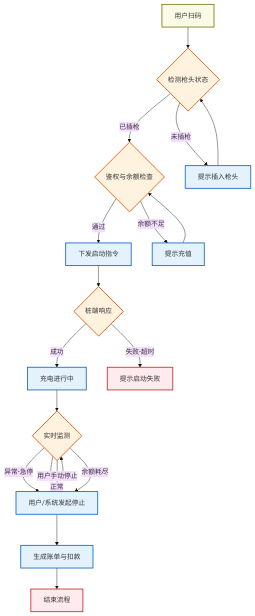
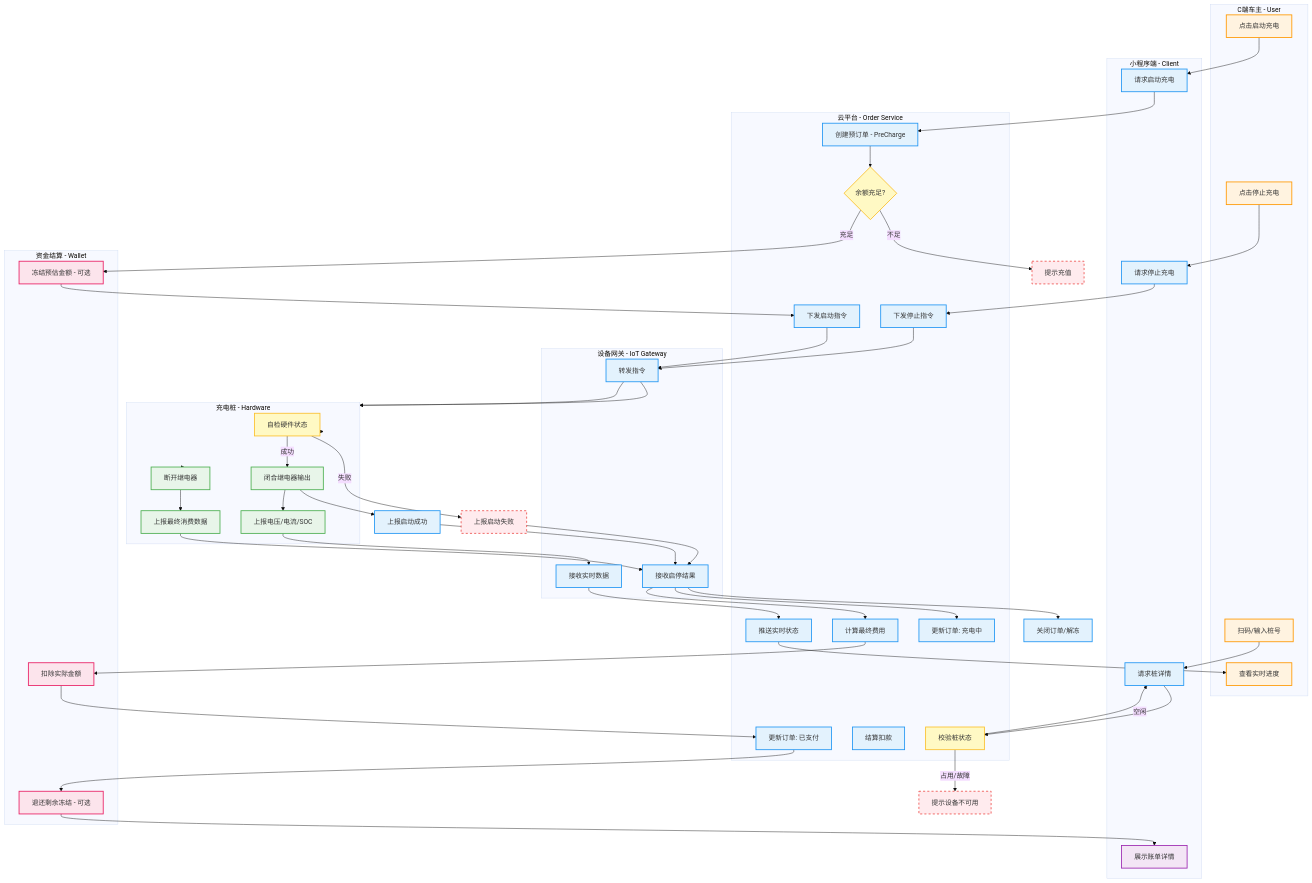
The diagram in docs/explain/02_core_business_flow.md (megadotnet/HUIZHI-ChargeOS-cloud), drawn with Mermaid (base theme) before and after one commit. The commit also changed other lines of this file and 4 other files, not shown here.

First line of the commit message:
docs: add detailed business architecture documentation in docs/explain/

````diff
--- a/docs/explain/02_core_business_flow.md
+++ b/docs/explain/02_core_business_flow.md
@@ -9,41 +21,100 @@
 ```mermaid
 flowchart TD
-    %% 样式
-    classDef start fill:#f9fbe7,stroke:#827717,stroke-width:2px;
-    classDef process fill:#e3f2fd,stroke:#1565c0,stroke-width:2px;
-    classDef decision fill:#fff3e0,stroke:#e65100,stroke-width:2px;
-    classDef endNode fill:#ffebee,stroke:#c62828,stroke-width:2px;
+    %% 泳道定义
+    subgraph User [C端车主 - User]
+        ScanQR[扫码/输入桩号]:::action
+        ClickStart[点击启动充电]:::action
+        Monitor[查看实时进度]:::action
+        ClickStop[点击停止充电]:::action
+    end
 
-    Start[用户扫码]:::start
-    CheckGun{检测枪头状态}:::decision
-    Auth{鉴权与余额检查}:::decision
-    SendCmd[下发启动指令]:::process
-    PileAck{桩端响应}:::decision
-    Charging[充电进行中]:::process
-    Monitor{实时监测}:::decision
-    StopCmd[用户/系统发起停止]:::process
-    Settlement[生成账单与扣款]:::process
-    End[结束流程]:::endNode
+    subgraph MP [小程序端 - Client]
+        ReqPileInfo[请求桩详情]:::process
+        ReqStart[请求启动充电]:::process
+        ReqStop[请求停止充电]:::process
+        ShowBill[展示账单详情]:::view
+    end
 
-    Start --> CheckGun
-    CheckGun -- 未插枪 --> PromptInsert[提示插入枪头]:::process
-    PromptInsert --> CheckGun
-    CheckGun -- 已插枪 --> Auth
+    subgraph Platform [云平台 - Order Service]
+        CheckPile[校验桩状态]:::decision
+        CreateOrder[创建预订单 - PreCharge]:::process
+        CheckBalance{余额充足?}:::decision
+        SendStartCmd[下发启动指令]:::process
+        UpdateOrderCharging[更新订单: 充电中]:::process
+        PushStatus[推送实时状态]:::process
+        SendStopCmd[下发停止指令]:::process
+        CalcBill[计算最终费用]:::process
+        SettleOrder[结算扣款]:::process
+        FinishOrder[更新订单: 已支付]:::process
+    end
 
-    Auth -- 余额不足 --> PromptRecharge[提示充值]:::process
-    PromptRecharge --> Auth
-    Auth -- 通过 --> SendCmd
+    subgraph IoT [设备网关 - IoT Gateway]
+        ForwardCmd[转发指令]:::process
+        RecvHeartbeat[接收实时数据]:::process
+        RecvResult[接收启停结果]:::process
+    end
 
-    SendCmd --> PileAck
-    PileAck -- 失败-超时 --> FailMsg[提示启动失败]:::endNode
-    PileAck -- 成功 --> Charging
+    subgraph Pile [充电桩 - Hardware]
+        CheckSelf[自检硬件状态]:::decision
+        StartOutput[闭合继电器输出]:::hardware
+        Reporting[上报电压/电流/SOC]:::hardware
+        StopOutput[断开继电器]:::hardware
+        ReportFinal[上报最终消费数据]:::hardware
+    end
 
-    Charging --> Monitor
-    Monitor -- 正常 --> Monitor
-    Monitor -- 异常-急停 --> StopCmd
-    Monitor -- 用户手动停止 --> StopCmd
-    Monitor -- 余额耗尽 --> StopCmd
+    subgraph Fund [资金结算 - Wallet]
+        Freeze[冻结预估金额 - 可选]:::fund
+        Deduct[扣除实际金额]:::fund
+        Refund[退还剩余冻结 - 可选]:::fund
+    end
 
-    StopCmd --> Settlement
-    Settlement --> End
+    %% 流程连线 - 启动阶段
+    ScanQR --> ReqPileInfo
+    ReqPileInfo --> CheckPile
+    CheckPile -- 空闲 --> ReqPileInfo
+    CheckPile -- 占用/故障 --> ShowError[提示设备不可用]:::error
+
+    ClickStart --> ReqStart
+    ReqStart --> CreateOrder
+    CreateOrder --> CheckBalance
+    CheckBalance -- 不足 --> PromptTopUp[提示充值]:::error
+    CheckBalance -- 充足 --> Freeze
+    Freeze --> SendStartCmd
+
+    SendStartCmd --> ForwardCmd
+    ForwardCmd --> Pile
+    Pile --> CheckSelf
+    CheckSelf -- 失败 --> ReportStartFail[上报启动失败]:::error
+    ReportStartFail --> RecvResult --> CloseOrder[关闭订单/解冻]:::process
+
+    CheckSelf -- 成功 --> StartOutput
+    StartOutput --> ReportStartSuccess[上报启动成功]:::process
+    ReportStartSuccess --> RecvResult --> UpdateOrderCharging
+
+    %% 流程连线 - 充电中
+    StartOutput --> Reporting
+    Reporting --> RecvHeartbeat --> PushStatus
+    PushStatus --> Monitor
+
+    %% 流程连线 - 停止与结算
+    ClickStop --> ReqStop
+    ReqStop --> SendStopCmd
+    SendStopCmd --> ForwardCmd
+    ForwardCmd --> Pile
+    Pile --> StopOutput
+    StopOutput --> ReportFinal
+    ReportFinal --> RecvResult --> CalcBill
+    CalcBill --> Deduct
+    Deduct --> FinishOrder
+    FinishOrder --> Refund
+    Refund --> ShowBill
+
+    %% 样式类定义
+    classDef action fill:#fff3e0,stroke:#ff9800,stroke-width:2px;
+    classDef process fill:#e3f2fd,stroke:#2196f3,stroke-width:2px;
+    classDef decision fill:#fff9c4,stroke:#fbc02d,stroke-width:2px,rhombus;
+    classDef hardware fill:#e8f5e9,stroke:#4caf50,stroke-width:2px;
+    classDef fund fill:#fce4ec,stroke:#e91e63,stroke-width:2px;
+    classDef view fill:#f3e5f5,stroke:#9c27b0,stroke-width:2px;
+    classDef error fill:#ffebee,stroke:#ef5350,stroke-width:2px,stroke-dasharray: 5 5;
 ```
````
